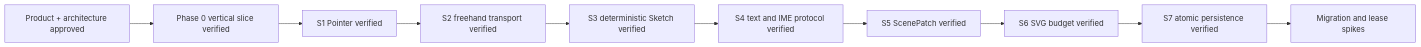
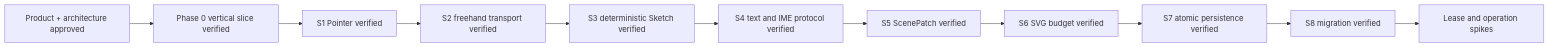
The diagram in docs/.state.md (deweyou/node-ink), drawn with Mermaid before and after one commit. The commit also changed other lines of this file and 20 other files, not shown here.

````diff
--- a/docs/.state.md
+++ b/docs/.state.md
@@ -3,12 +3,13 @@
 ```mermaid
 flowchart LR
     Design["Product + architecture approved"] --> Slice["Phase 0 vertical slice verified"]
     Slice --> Pointer["S1 Pointer verified"]
     Pointer --> Stroke["S2 freehand transport verified"]
     Stroke --> Sketch["S3 deterministic Sketch verified"]
     Sketch --> Text["S4 text and IME protocol verified"]
     Text --> Patch["S5 ScenePatch verified"]
     Patch --> Scale["S6 SVG budget verified"]
     Scale --> Persistence["S7 atomic persistence verified"]
-    Persistence --> Spikes["Migration and lease spikes"]
+    Persistence --> Migration["S8 migration verified"]
+    Migration --> Spikes["Lease and operation spikes"]
 ```
````
